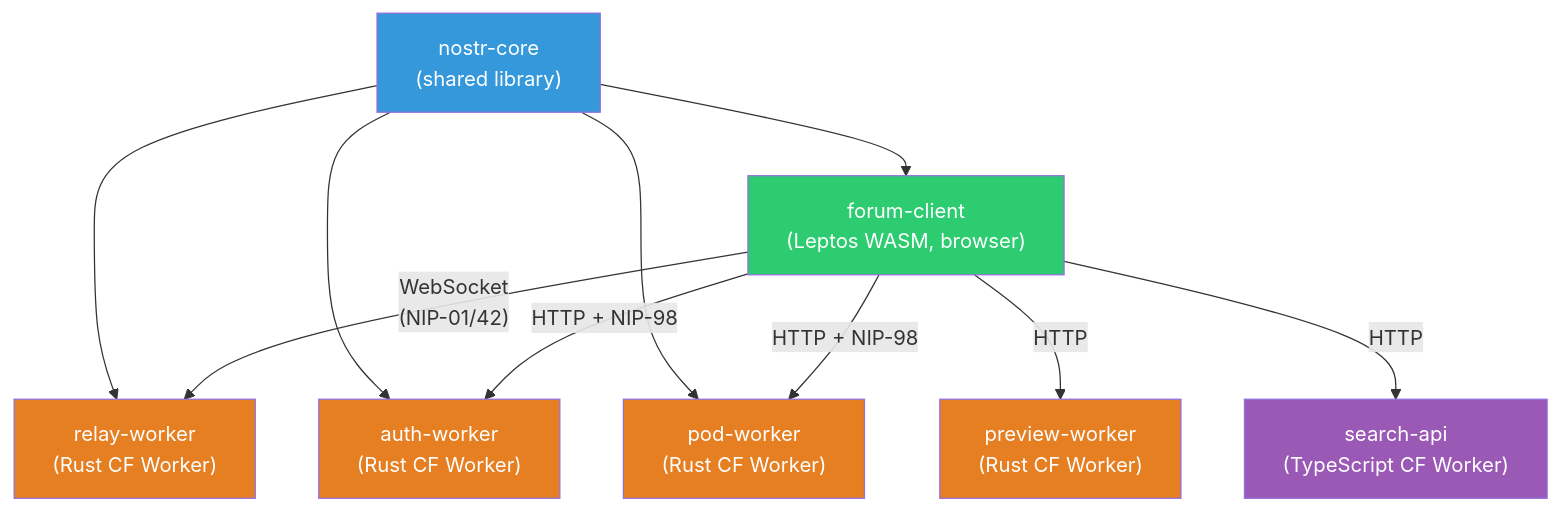
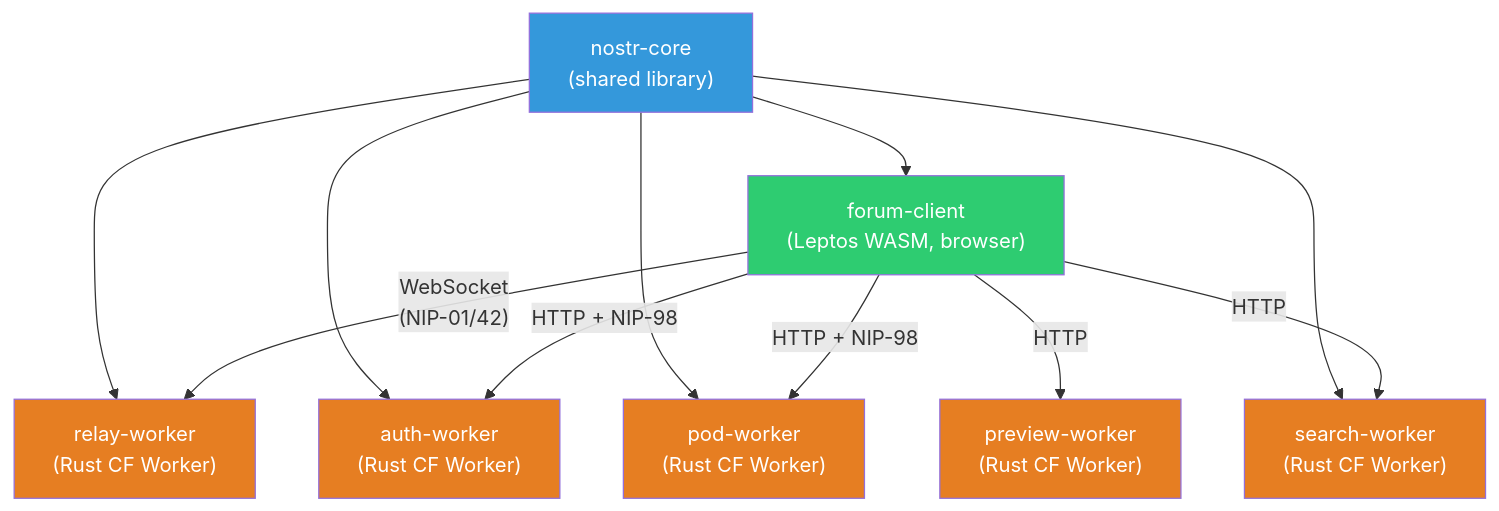
One commit to DreamLab-AI/dreamlab-ai-website changed the first of 2 diagrams in docs/ddd/README.md. Above: the diagram before and after it, drawn with Mermaid. The commit also changed other lines of this file and 32 other files, not shown here.

````diff
--- a/docs/ddd/README.md
+++ b/docs/ddd/README.md
@@ -20,30 +20,31 @@
 ```mermaid
 graph TB
     NC["nostr-core<br/>(shared library)"]
 
     FC["forum-client<br/>(Leptos WASM, browser)"]
     AW["auth-worker<br/>(Rust CF Worker)"]
     PW["pod-worker<br/>(Rust CF Worker)"]
     PV["preview-worker<br/>(Rust CF Worker)"]
     RW["relay-worker<br/>(Rust CF Worker)"]
-    SA["search-api<br/>(TypeScript CF Worker)"]
+    SW["search-worker<br/>(Rust CF Worker)"]
 
     NC --> FC
     NC --> AW
     NC --> PW
     NC --> RW
+    NC --> SW
 
     FC -->|"WebSocket<br/>(NIP-01/42)"| RW
     FC -->|"HTTP + NIP-98"| AW
     FC -->|"HTTP + NIP-98"| PW
     FC -->|"HTTP"| PV
-    FC -->|"HTTP"| SA
+    FC -->|"HTTP"| SW
 
     style NC fill:#3498db,color:#fff
     style FC fill:#2ecc71,color:#fff
     style AW fill:#e67e22,color:#fff
     style PW fill:#e67e22,color:#fff
     style PV fill:#e67e22,color:#fff
     style RW fill:#e67e22,color:#fff
-    style SA fill:#9b59b6,color:#fff
+    style SW fill:#e67e22,color:#fff
 ```
````
